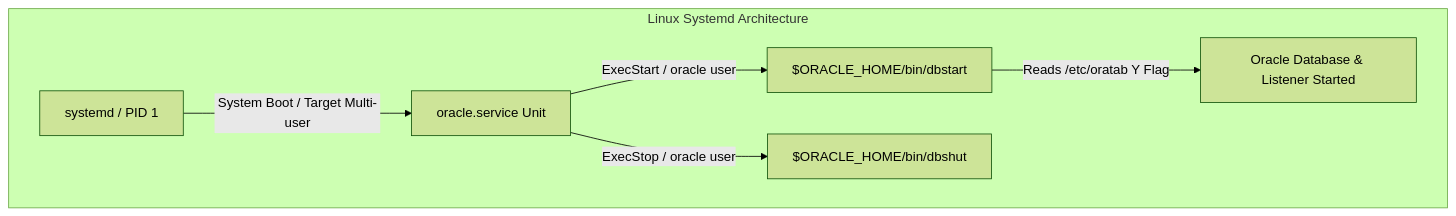
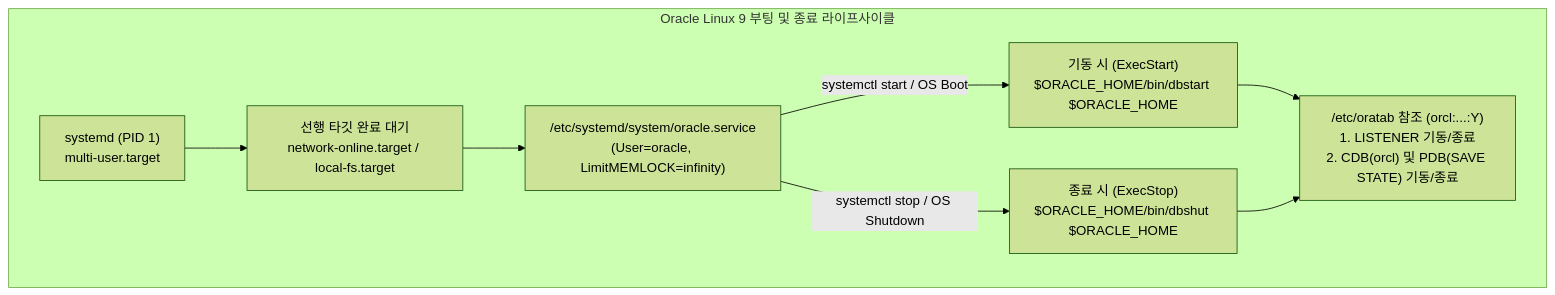
The diagram in Books/CHAPTER_10.md (zapan1015/Oracle19c_SE), drawn with Mermaid (forest theme) before and after one commit. The commit also changed other lines of this file and 3 other files, not shown here.

````diff
--- a/Books/CHAPTER_10.md
+++ b/Books/CHAPTER_10.md
@@ -105,9 +123,16 @@
 ```mermaid
-graph TD
-    subgraph Linux Systemd Architecture
-        Systemd[systemd / PID 1] -->|System Boot / Target Multi-user| OracleService[oracle.service Unit]
-        OracleService -->|ExecStart / oracle user| DBStart[$ORACLE_HOME/bin/dbstart]
-        OracleService -->|ExecStop / oracle user| DBShut[$ORACLE_HOME/bin/dbshut]
-        DBStart -->|Reads /etc/oratab Y Flag| Instances[Oracle Database & Listener Started]
+flowchart TD
+    subgraph Boot["Oracle Linux 9 부팅 및 종료 라이프사이클"]
+        PID1["systemd (PID 1)<br/>multi-user.target"]
+        DEPS["선행 타깃 완료 대기<br/>network-online.target / local-fs.target"]
+        UNIT["/etc/systemd/system/oracle.service<br/>(User=oracle, LimitMEMLOCK=infinity)"]
+        START["기동 시 (ExecStart)<br/>$ORACLE_HOME/bin/dbstart $ORACLE_HOME"]
+        STOP["종료 시 (ExecStop)<br/>$ORACLE_HOME/bin/dbshut $ORACLE_HOME"]
+        ORATAB["/etc/oratab 참조 (orcl:...:Y)<br/>1. LISTENER 기동/종료<br/>2. CDB(orcl) 및 PDB(SAVE STATE) 기동/종료"]
+
+        PID1 --> DEPS --> UNIT
+        UNIT -->|systemctl start / OS Boot| START
+        UNIT -->|systemctl stop / OS Shutdown| STOP
+        START & STOP --> ORATAB
     end
 ```
````
